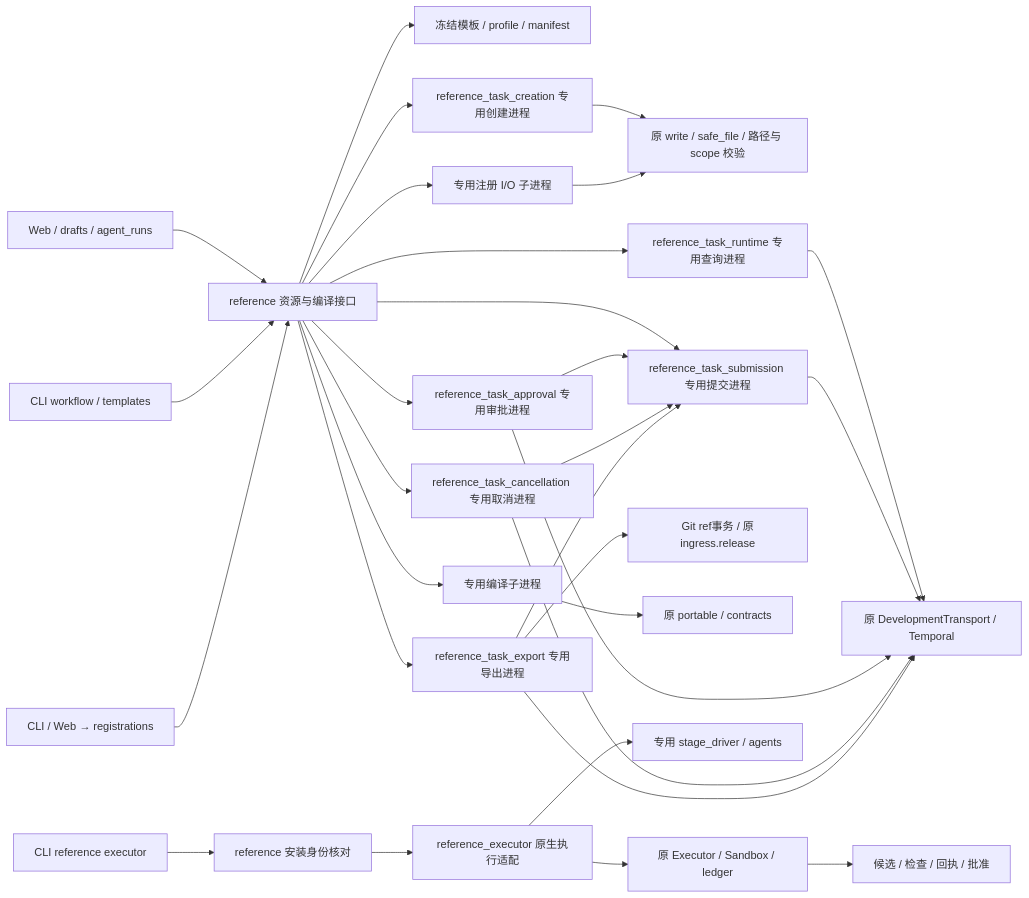
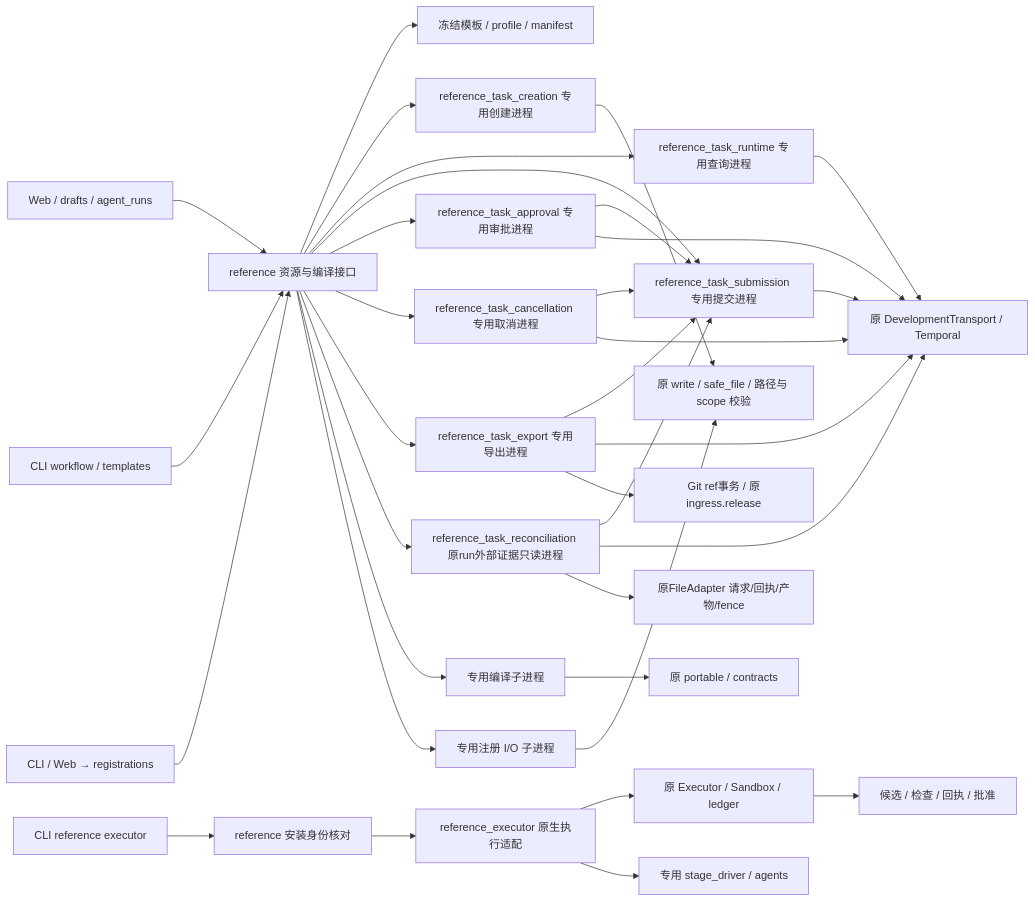
Before and after one commit to 626619403/Ergora: the diagram in docs/architecture/reference-boundary.md, drawn with Mermaid. The commit also changed other lines of this file and 12 other files, not shown here.

````diff
--- a/docs/architecture/reference-boundary.md
+++ b/docs/architecture/reference-boundary.md
@@ -7,32 +7,36 @@
 ```mermaid
 flowchart LR
   Web[Web / drafts / agent_runs] --> Ref[reference 资源与编译接口]
   CLI[CLI workflow / templates] --> Ref
   Registration[CLI / Web → registrations] --> Ref
   Ref --> Resources[冻结模板 / profile / manifest]
   Ref --> Creation[reference_task_creation 专用创建进程]
   Creation --> Files
   Ref --> RuntimeQuery[reference_task_runtime 专用查询进程]
   RuntimeQuery --> Transport[原 DevelopmentTransport / Temporal]
   Ref --> Submission[reference_task_submission 专用提交进程]
   Submission --> Transport
   Ref --> Approval[reference_task_approval 专用审批进程]
   Approval --> Submission
   Approval --> Transport
   Ref --> Cancellation[reference_task_cancellation 专用取消进程]
   Cancellation --> Submission
   Cancellation --> Transport
   Ref --> Export[reference_task_export 专用导出进程]
+  Ref --> ExternalStatus[reference_task_reconciliation 原run外部证据只读进程]
+  ExternalStatus --> Submission
+  ExternalStatus --> Transport
+  ExternalStatus --> Adapter[原FileAdapter 请求/回执/产物/fence]
   Export --> Submission
   Export --> Transport
   Export --> Git[Git ref事务 / 原ingress.release]
   Ref --> Compiler[专用编译子进程]
   Compiler --> Portable[原 portable / contracts]
   Ref --> Projection[专用注册 I/O 子进程]
   Projection --> Files[原 write / safe_file / 路径与 scope 校验]
   ExecCLI[CLI reference executor] --> Identity[reference 安装身份核对]
   Identity --> Bridge[reference_executor 原生执行适配]
   Bridge --> Original[原 Executor / Sandbox / ledger]
   Bridge --> Driver[专用 stage_driver / agents]
   Original --> Evidence[候选 / 检查 / 回执 / 批准]
 ```
````
